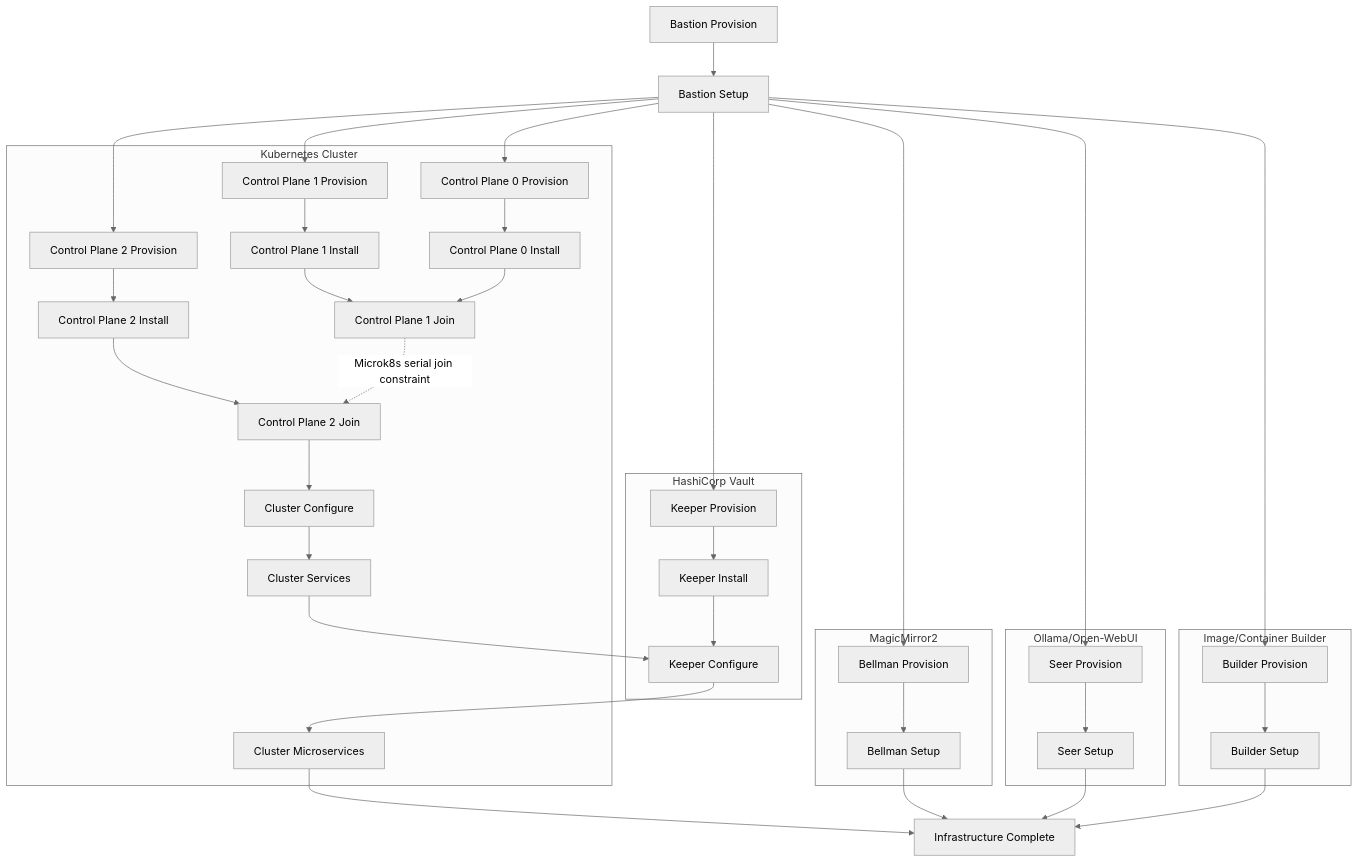
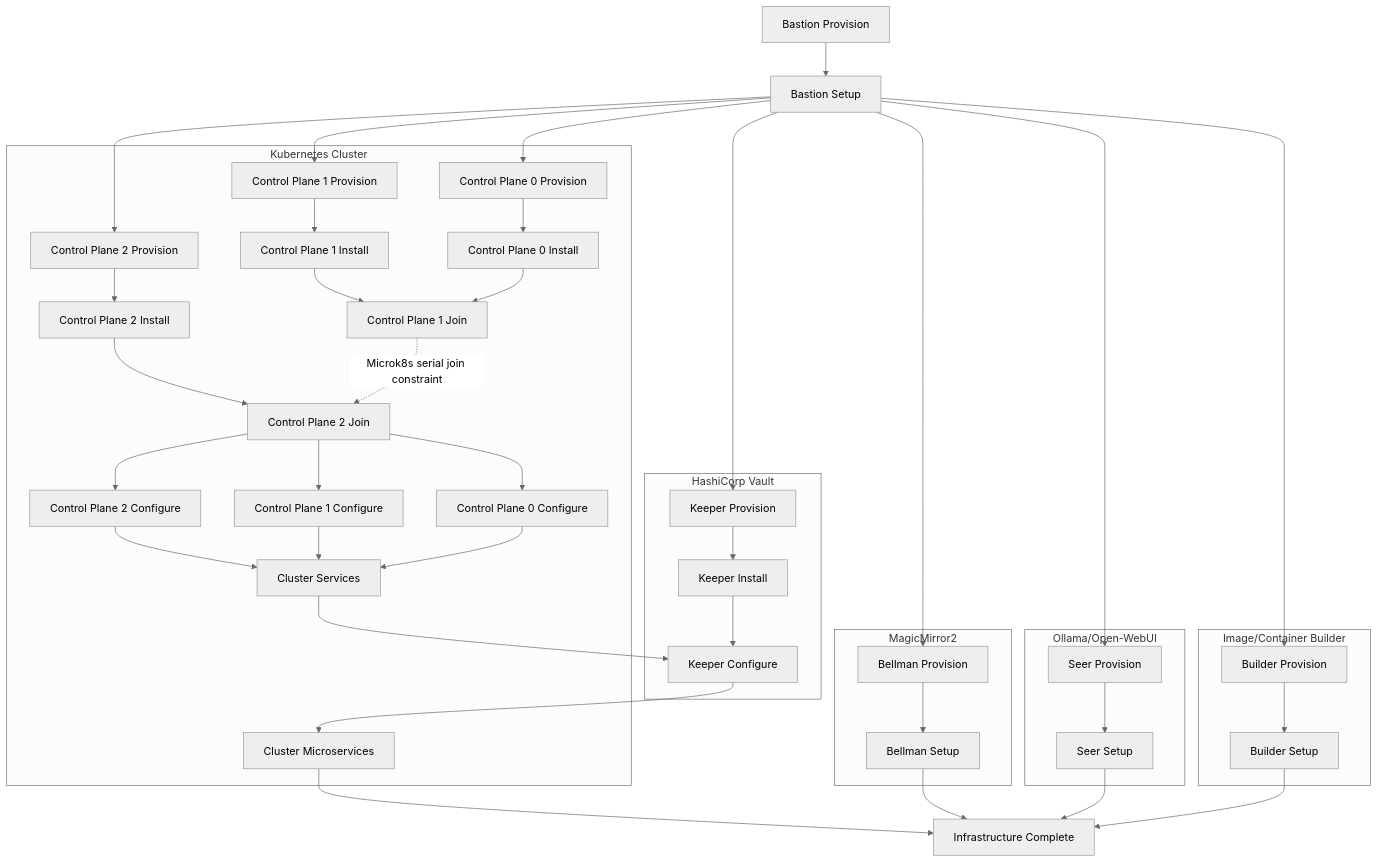
One commit to dekeyrej/terraform-forward changed the diagram in DAG.md. Above: the diagram before and after it, drawn with Mermaid (neutral theme). The commit also changed 3 other files, not shown here.

````diff
--- a/DAG.md
+++ b/DAG.md
@@ -2,49 +2,53 @@
 ```mermaid
 graph TD;
     b0[Bastion Provision]-->b1[Bastion Setup];
 
     b1[Bastion Setup]-->c0[Bellman Provision];
     b1[Bastion Setup]-->d0[Seer Provision];
     b1[Bastion Setup]-->e0[Keeper Provision];
     b1[Bastion Setup]-->f0[Builder Provision];
     b1[Bastion Setup]-->g0[Control Plane 0 Provision];
     b1[Bastion Setup]-->h0[Control Plane 1 Provision];
     b1[Bastion Setup]-->i0[Control Plane 2 Provision];
 
     g3-->e2
     
     g4-->g5[Infrastructure Complete];
     c1-->g5;
     d1-->g5;
     f1-->g5;
     
     subgraph MagicMirror2
     c0-->c1[Bellman Setup];
     end
     
     subgraph Ollama/Open-WebUI
     d0-->d1[Seer Setup];
     end
     
     subgraph Image/Container Builder
     f0-->f1[Builder Setup];
     end
 
     subgraph HashiCorp Vault
     e0-->e1[Keeper Install];
     e1-->e2[Keeper Configure];
     end
 
     subgraph Kubernetes Cluster
     g0-->g1[Control Plane 0 Install];
     h0-->h1[Control Plane 1 Install];
     i0-->i1[Control Plane 2 Install];
     h1-->h2[Control Plane 1 Join];
     g1-->h2;
     i1-->i2[Control Plane 2 Join];
     h2-.->|Microk8s serial join constraint|i2;
-    i2-->g2[Cluster Configure];
+    i2-->h3[Control Plane 2 Configure];
+    i2-->i3[Control Plane 1 Configure];
+    i2-->g2[Control Plane 0 Configure];
+    h3-->g3;
+    i3-->g3;
     g2-->g3[Cluster Services];
     e2-->g4[Cluster Microservices];
     end
 ```
````
